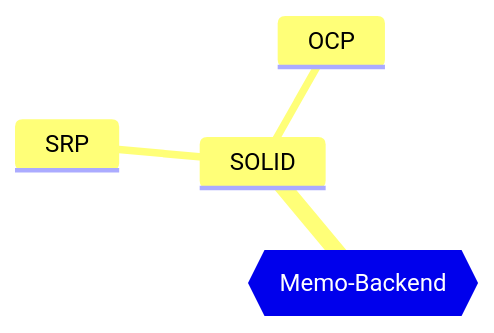
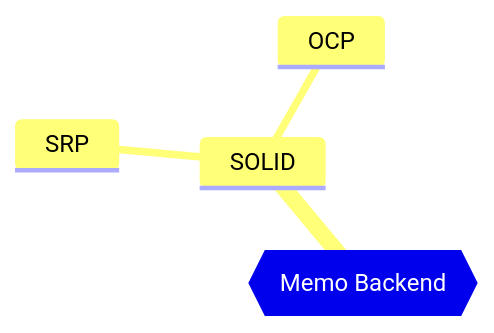
The diagram in pages/mapamental.md (urrestarazu-alejandro/memo-backend), drawn with Mermaid before and after one commit.

Commit message:
titulo root mapa mental

````diff
--- a/pages/mapamental.md
+++ b/pages/mapamental.md
@@ -10,8 +10,8 @@
 ```mermaid
 mindmap
-  root{{Memo-Backend}}
+  root{{Memo Backend}}
     SOLID
     ::icon(fas fa-yin-yang)
         SRP
         OCP
 ```  
````
